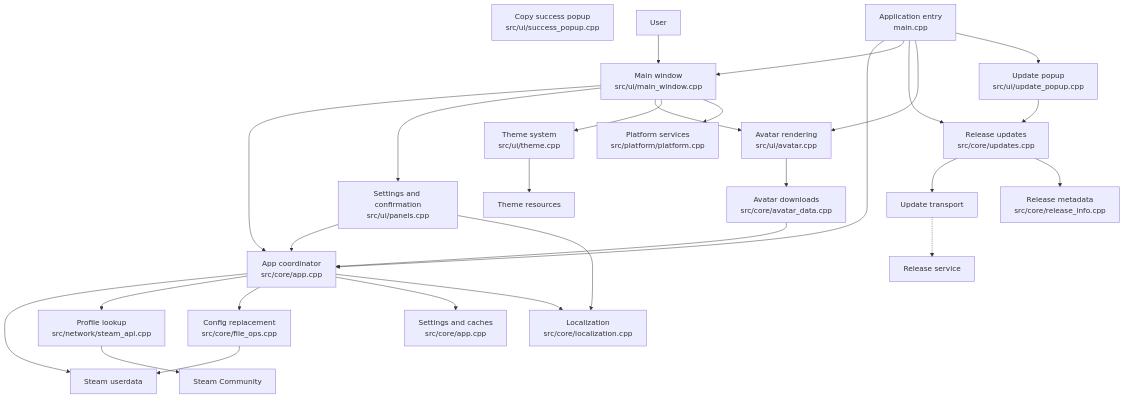
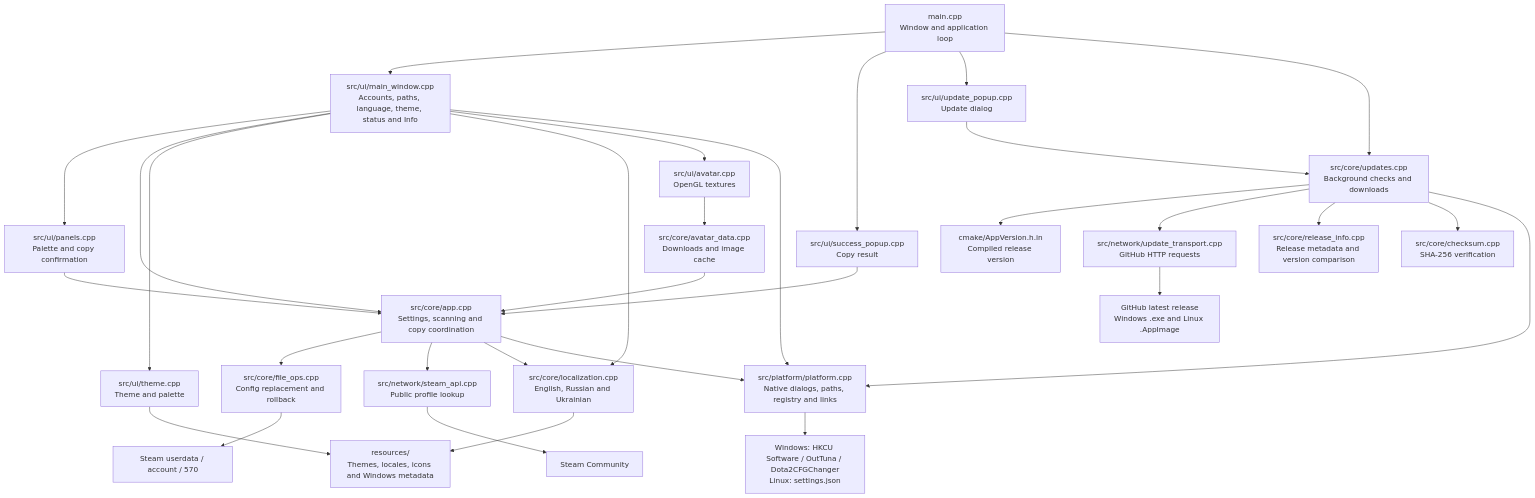
One commit to OutTuna/Dota2CFGChanger changed the diagram in README.md. Above: the diagram before and after it, drawn with Mermaid. The commit also changed other lines of this file and 3 other files, not shown here.

Commit message:
Refresh README and diagram, credit testers and update CI actions

````diff
--- a/README.md
+++ b/README.md
@@ -95,52 +95,56 @@
 ```mermaid
 flowchart TB
-    node_main_window["Main window<br/>src/ui/main_window.cpp"]
-    node_panels["Settings and confirmation<br/>src/ui/panels.cpp"]
-    node_success_popup["Copy success popup<br/>src/ui/success_popup.cpp"]
-    node_update_popup["Update popup<br/>src/ui/update_popup.cpp"]
-    node_main["Application entry<br/>main.cpp"]
-    node_app["App coordinator<br/>src/core/app.cpp"]
-    node_file_ops["Config replacement<br/>src/core/file_ops.cpp"]
-    node_platform["Platform services<br/>src/platform/platform.cpp"]
-    node_steam_api["Profile lookup<br/>src/network/steam_api.cpp"]
-    node_avatar_data["Avatar downloads<br/>src/core/avatar_data.cpp"]
-    node_avatar["Avatar rendering<br/>src/ui/avatar.cpp"]
-    node_theme["Theme system<br/>src/ui/theme.cpp"]
-    node_theme_resources["Theme resources"]
-    node_localization["Localization<br/>src/core/localization.cpp"]
-    node_settings_cache["Settings and caches<br/>src/core/app.cpp"]
-    node_updates["Release updates<br/>src/core/updates.cpp"]
-    node_update_transport["Update transport"]
-    node_release_info["Release metadata<br/>src/core/release_info.cpp"]
-    node_user["User"]
-    node_steam_data["Steam userdata"]
-    node_steam_community["Steam Community"]
-    node_release_service["Release service"]
-    node_user --> node_main_window
-    node_main --> node_app
-    node_main --> node_main_window
-    node_main --> node_updates
-    node_main --> node_avatar
-    node_main_window --> node_app
-    node_main_window --> node_panels
-    node_panels --> node_app
-    node_app --> node_steam_data
-    node_app --> node_steam_api
-    node_steam_api --> node_steam_community
-    node_app --> node_file_ops
-    node_file_ops --> node_steam_data
-    node_app --> node_settings_cache
-    node_avatar_data --> node_app
-    node_avatar --> node_avatar_data
-    node_main_window --> node_avatar
-    node_main_window --> node_theme
-    node_panels --> node_localization
-    node_theme --> node_theme_resources
-    node_updates --> node_update_transport
-    node_updates --> node_release_info
-    node_update_transport -.-> node_release_service
-    node_main --> node_update_popup
-    node_update_popup --> node_updates
-    node_main_window --> node_platform
-    node_app --> node_localization
+    main["main.cpp<br/>Window and application loop"]
+    ui["src/ui/main_window.cpp<br/>Accounts, paths, language, theme, status and Info"]
+    panels["src/ui/panels.cpp<br/>Palette and copy confirmation"]
+    success["src/ui/success_popup.cpp<br/>Copy result"]
+    updater_ui["src/ui/update_popup.cpp<br/>Update dialog"]
+    app["src/core/app.cpp<br/>Settings, scanning and copy coordination"]
+    files["src/core/file_ops.cpp<br/>Config replacement and rollback"]
+    steam["src/network/steam_api.cpp<br/>Public profile lookup"]
+    avatars["src/core/avatar_data.cpp<br/>Downloads and image cache"]
+    textures["src/ui/avatar.cpp<br/>OpenGL textures"]
+    platform["src/platform/platform.cpp<br/>Native dialogs, paths, registry and links"]
+    settings["Windows: HKCU Software / OutTuna / Dota2CFGChanger<br/>Linux: settings.json"]
+    theme["src/ui/theme.cpp<br/>Theme and palette"]
+    resources["resources/<br/>Themes, locales, icons and Windows metadata"]
+    locales["src/core/localization.cpp<br/>English, Russian and Ukrainian"]
+    updates["src/core/updates.cpp<br/>Background checks and downloads"]
+    transport["src/network/update_transport.cpp<br/>GitHub HTTP requests"]
+    release["src/core/release_info.cpp<br/>Release metadata and version comparison"]
+    checksum["src/core/checksum.cpp<br/>SHA-256 verification"]
+    version["cmake/AppVersion.h.in<br/>Compiled release version"]
+    userdata["Steam userdata / account / 570"]
+    community["Steam Community"]
+    github["GitHub latest release<br/>Windows .exe and Linux .AppImage"]
+    main --> ui
+    main --> success
+    main --> updater_ui
+    main --> updates
+    ui --> panels
+    ui --> app
+    ui --> theme
+    ui --> locales
+    ui --> textures
+    ui --> platform
+    panels --> app
+    success --> app
+    textures --> avatars
+    avatars --> app
+    app --> files
+    app --> steam
+    app --> locales
+    app --> platform
+    platform --> settings
+    files --> userdata
+    steam --> community
+    theme --> resources
+    locales --> resources
+    updater_ui --> updates
+    updates --> version
+    updates --> transport
+    updates --> release
+    updates --> checksum
+    updates --> platform
+    transport --> github
 ```
````
